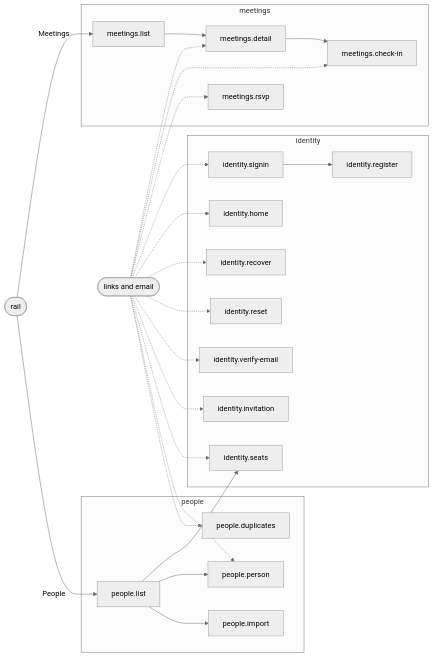
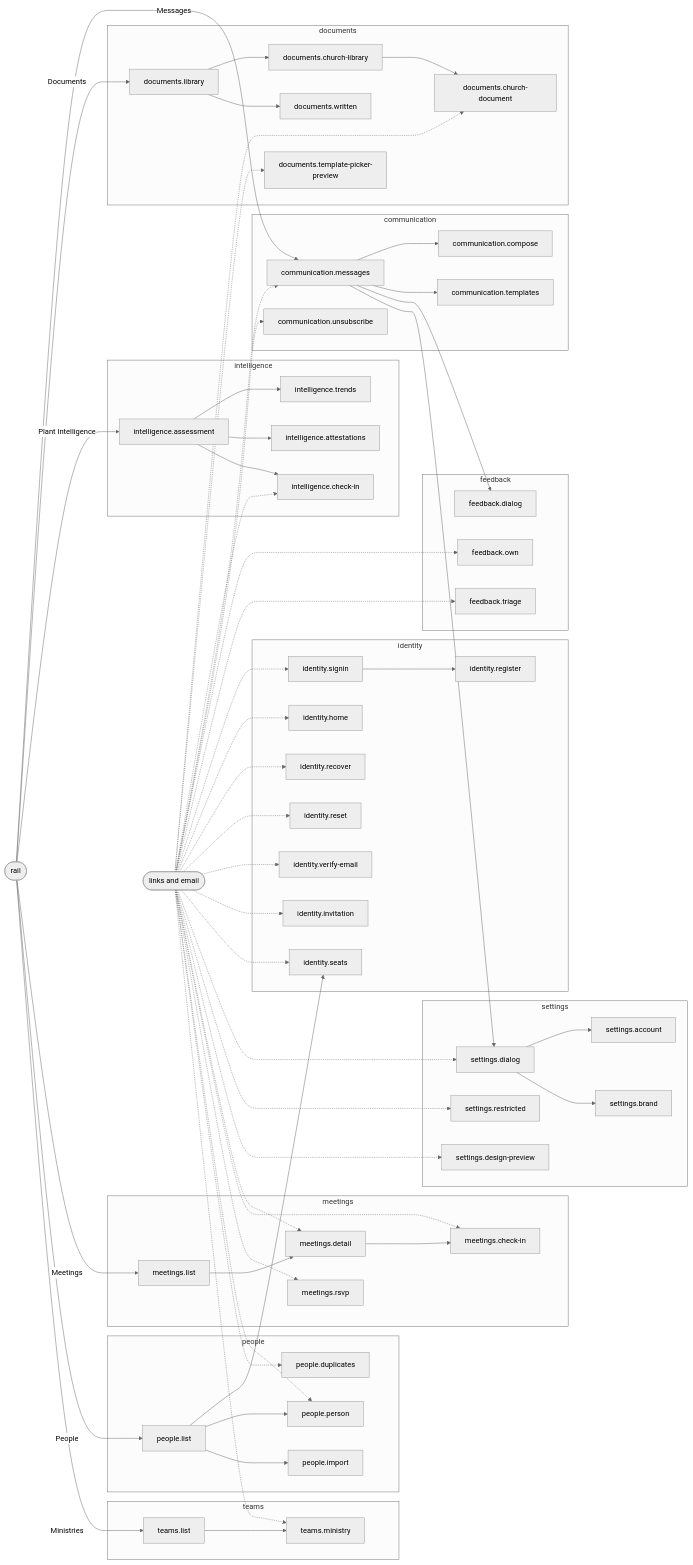
The diagram in docs/feature-maps/README.md (SebastianGarces/everyfield), drawn with Mermaid (neutral theme) before and after one commit. The commit also changed other lines of this file and 13 other files, not shown here.

Commit message:
Feature maps for communication, documents, settings, teams, intelligence and feedback

````diff
--- a/docs/feature-maps/README.md
+++ b/docs/feature-maps/README.md
@@ -12,46 +12,109 @@
 flowchart LR
   rail(["rail"])
   links(["links and email"])
-  subgraph f0["identity"]
-    f0s0["identity.signin"]
-    f0s1["identity.home"]
-    f0s2["identity.register"]
-    f0s3["identity.recover"]
-    f0s4["identity.reset"]
-    f0s5["identity.verify-email"]
-    f0s6["identity.invitation"]
-    f0s7["identity.seats"]
+  subgraph f0["communication"]
+    f0s0["communication.messages"]
+    f0s1["communication.compose"]
+    f0s2["communication.templates"]
+    f0s3["communication.unsubscribe"]
   end
-  subgraph f1["meetings"]
-    f1s0["meetings.list"]
-    f1s1["meetings.detail"]
-    f1s2["meetings.check-in"]
-    f1s3["meetings.rsvp"]
+  subgraph f1["documents"]
+    f1s0["documents.library"]
+    f1s1["documents.church-library"]
+    f1s2["documents.church-document"]
+    f1s3["documents.written"]
+    f1s4["documents.template-picker-preview"]
   end
-  subgraph f2["people"]
-    f2s0["people.list"]
-    f2s1["people.person"]
-    f2s2["people.duplicates"]
-    f2s3["people.import"]
+  subgraph f2["feedback"]
+    f2s0["feedback.dialog"]
+    f2s1["feedback.own"]
+    f2s2["feedback.triage"]
   end
+  subgraph f3["identity"]
+    f3s0["identity.signin"]
+    f3s1["identity.home"]
+    f3s2["identity.register"]
+    f3s3["identity.recover"]
+    f3s4["identity.reset"]
+    f3s5["identity.verify-email"]
+    f3s6["identity.invitation"]
+    f3s7["identity.seats"]
+  end
+  subgraph f4["intelligence"]
+    f4s0["intelligence.assessment"]
+    f4s1["intelligence.trends"]
+    f4s2["intelligence.attestations"]
+    f4s3["intelligence.check-in"]
+  end
+  subgraph f5["meetings"]
+    f5s0["meetings.list"]
+    f5s1["meetings.detail"]
+    f5s2["meetings.check-in"]
+    f5s3["meetings.rsvp"]
+  end
+  subgraph f6["people"]
+    f6s0["people.list"]
+    f6s1["people.person"]
+    f6s2["people.duplicates"]
+    f6s3["people.import"]
+  end
+  subgraph f7["settings"]
+    f7s0["settings.dialog"]
+    f7s1["settings.account"]
+    f7s2["settings.brand"]
+    f7s3["settings.restricted"]
+    f7s4["settings.design-preview"]
+  end
+  subgraph f8["teams"]
+    f8s0["teams.list"]
+    f8s1["teams.ministry"]
+  end
+  rail -- "Messages" --> f0s0
   links -.-> f0s0
-  links -.-> f0s1
+  f0s0 --> f0s1
   f0s0 --> f0s2
   links -.-> f0s3
-  links -.-> f0s4
-  links -.-> f0s5
-  links -.-> f0s6
-  f2s0 --> f0s7
-  links -.-> f0s7
-  rail -- "Meetings" --> f1s0
+  rail -- "Documents" --> f1s0
   f1s0 --> f1s1
-  links -.-> f1s1
   f1s1 --> f1s2
   links -.-> f1s2
-  links -.-> f1s3
-  rail -- "People" --> f2s0
-  f2s0 --> f2s1
+  f1s0 --> f1s3
+  links -.-> f1s4
+  f0s0 --> f2s0
   links -.-> f2s1
   links -.-> f2s2
-  f2s0 --> f2s3
+  links -.-> f3s0
+  links -.-> f3s1
+  f3s0 --> f3s2
+  links -.-> f3s3
+  links -.-> f3s4
+  links -.-> f3s5
+  links -.-> f3s6
+  f6s0 --> f3s7
+  links -.-> f3s7
+  rail -- "Plant Intelligence" --> f4s0
+  f4s0 --> f4s1
+  f4s0 --> f4s2
+  f4s0 --> f4s3
+  links -.-> f4s3
+  rail -- "Meetings" --> f5s0
+  f5s0 --> f5s1
+  links -.-> f5s1
+  f5s1 --> f5s2
+  links -.-> f5s2
+  links -.-> f5s3
+  rail -- "People" --> f6s0
+  f6s0 --> f6s1
+  links -.-> f6s1
+  links -.-> f6s2
+  f6s0 --> f6s3
+  f0s0 --> f7s0
+  links -.-> f7s0
+  f7s0 --> f7s1
+  f7s0 --> f7s2
+  links -.-> f7s3
+  links -.-> f7s4
+  rail -- "Ministries" --> f8s0
+  f8s0 --> f8s1
+  links -.-> f8s1
 ```
````
